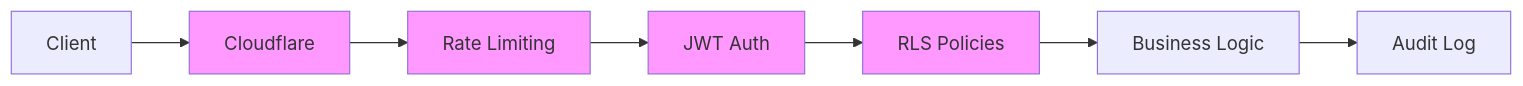
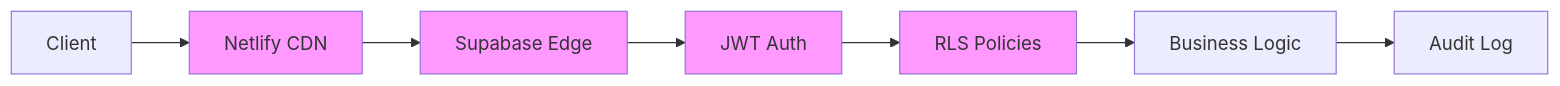
The third of 3 diagrams in docs/architecture.md (ikanisa/prisma), drawn with Mermaid before and after one commit. The commit also changed other lines of this file and 25 other files, not shown here.

First line of the commit message:
Remove Vercel/Cloudflare infrastructure and add Netlify deployment

````diff
--- a/docs/architecture.md
+++ b/docs/architecture.md
@@ -390,14 +390,14 @@
 ```mermaid
 graph LR
-    A[Client] --> B[Cloudflare]
-    B --> C[Rate Limiting]
+    A[Client] --> B[Netlify CDN]
+    B --> C[Supabase Edge]
     C --> D[JWT Auth]
     D --> E[RLS Policies]
     E --> F[Business Logic]
     F --> G[Audit Log]
     
     style B fill:#f9f
     style C fill:#f9f
     style D fill:#f9f
     style E fill:#f9f
 ```
````
